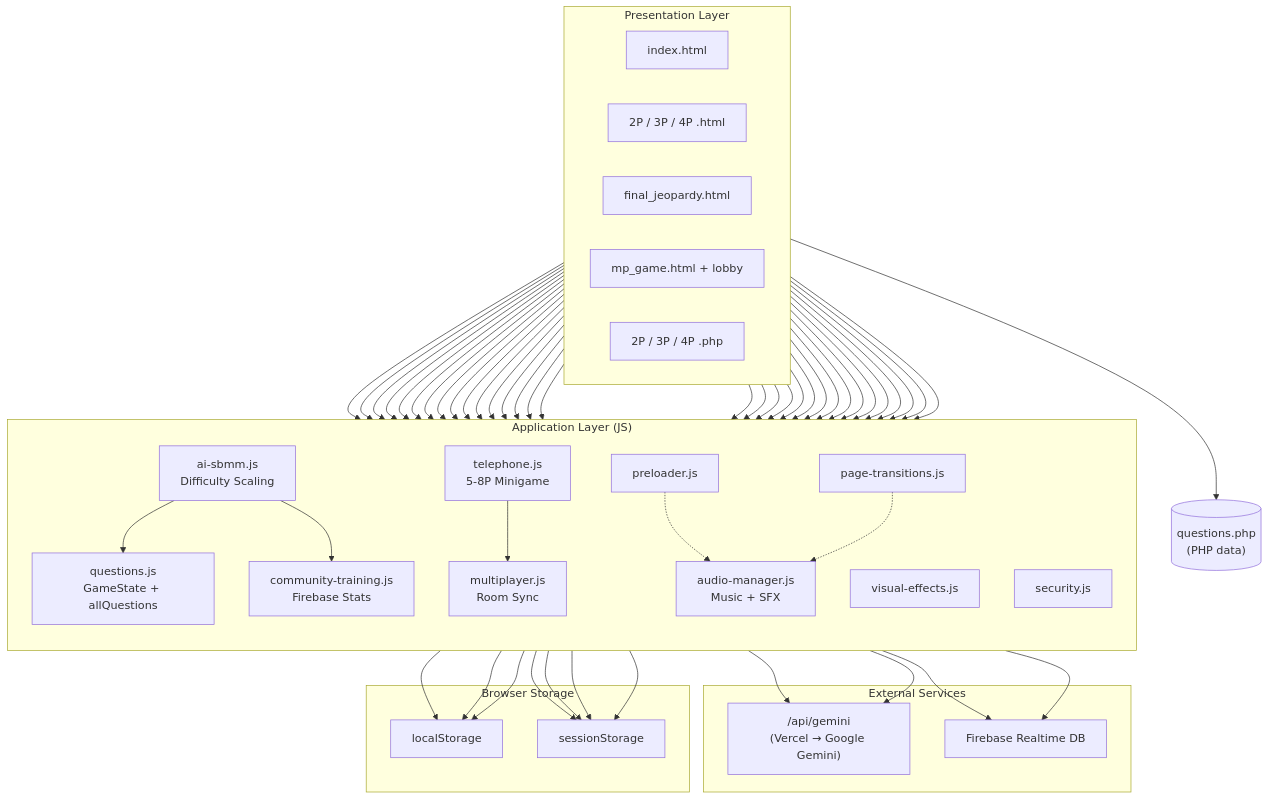
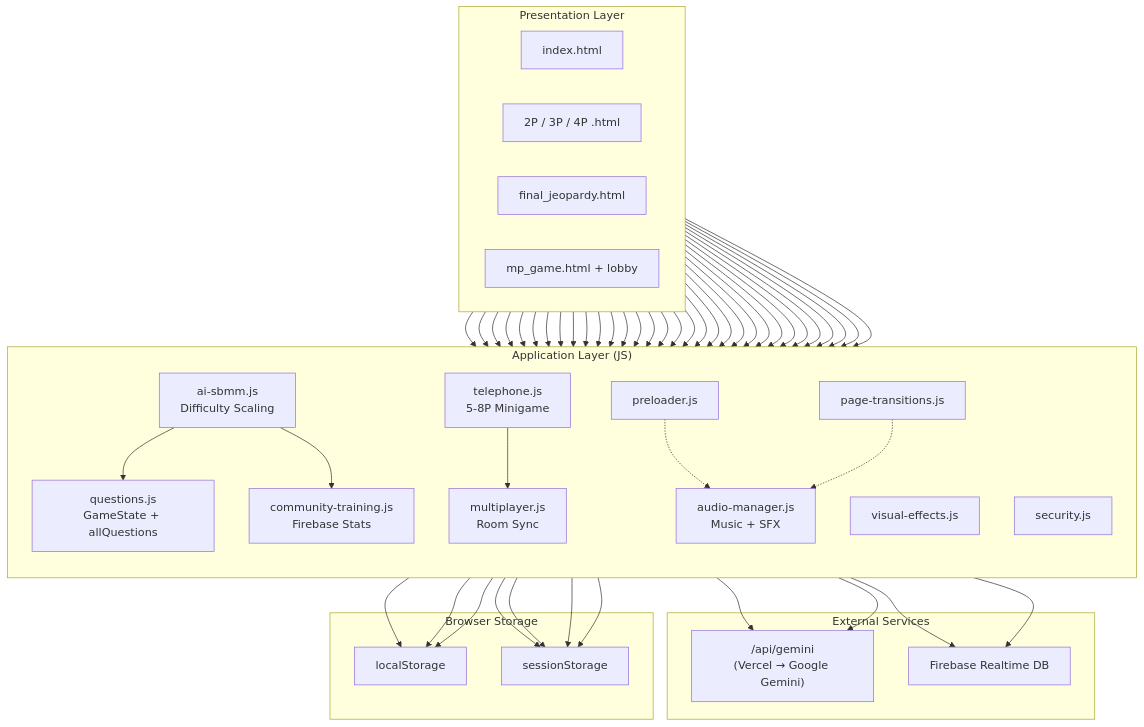
The diagram in README.md (SobbingSoprano/Marvel_Jeopardy-), drawn with Mermaid before and after one commit. The commit also changed other lines of this file and 27 other files, not shown here.

````diff
--- a/README.md
+++ b/README.md
@@ -229,54 +229,53 @@
 ```mermaid
 flowchart TB
     subgraph PAGES["Presentation Layer"]
         direction LR
         HOME["index.html"]
         LOCAL["2P / 3P / 4P .html"]
         FJ_HTML["final_jeopardy.html"]
         MP["mp_game.html + lobby"]
-        PHP["2P / 3P / 4P .php"]
     end
 
     subgraph CORE["Application Layer (JS)"]
         direction TB
         Q["questions.js<br/>GameState + allQuestions"]
         SBMM["ai-sbmm.js<br/>Difficulty Scaling"]
         CT["community-training.js<br/>Firebase Stats"]
         MP_JS["multiplayer.js<br/>Room Sync"]
         TEL["telephone.js<br/>5-8P Minigame"]
         AUDIO["audio-manager.js<br/>Music + SFX"]
         PRE["preloader.js"]
         PT["page-transitions.js"]
         VIS["visual-effects.js"]
         SEC["security.js"]
     end
 
     subgraph EXT["External Services"]
         GEMINI["/api/gemini<br/>(Vercel → Google Gemini)"]
         FB["Firebase Realtime DB"]
     end
 
     subgraph STORE["Browser Storage"]
         LS["localStorage"]
         SS["sessionStorage"]
     end
 
     HOME --> PRE & PT & VIS & AUDIO & SBMM & CT
     LOCAL --> PRE & PT & VIS & AUDIO & SEC & Q & SBMM & CT
     FJ_HTML --> PRE & PT & VIS & AUDIO & SEC & Q & SBMM & CT
     MP --> PRE & PT & VIS & AUDIO & SEC & Q & MP_JS & SBMM & CT & TEL
-    PHP --> PHP_Q[("questions.php<br/>(PHP data)")]
+
 
     SBMM --> Q & GEMINI & CT
     TEL --> MP_JS & GEMINI
     CT --> FB
     MP_JS --> FB
 
     Q --> LS
     SBMM --> LS & SS
     CT --> LS & SS
     AUDIO --> SS
     MP_JS --> SS
     PRE -.-> AUDIO
     PT -.-> AUDIO
 ```
````
